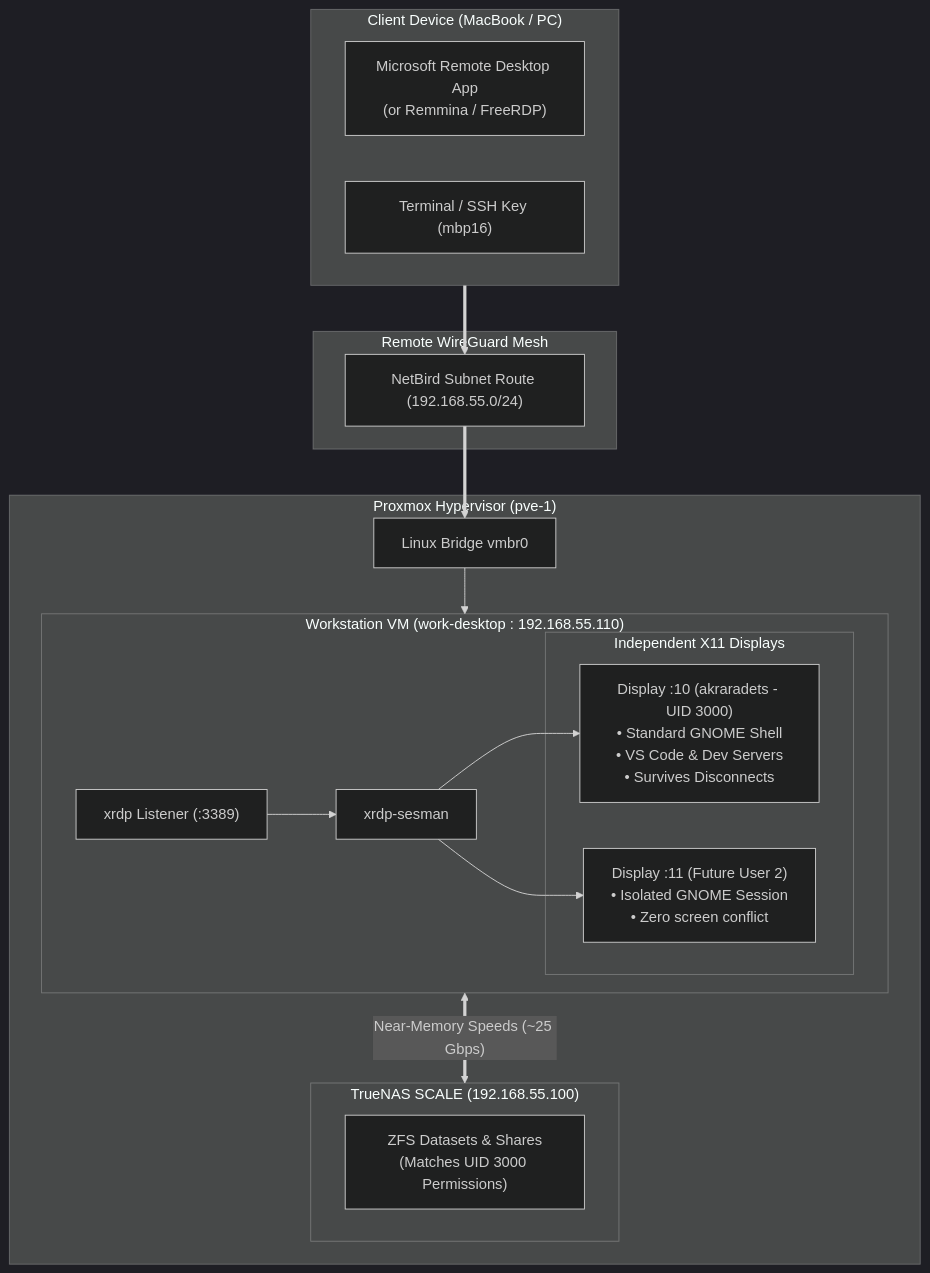
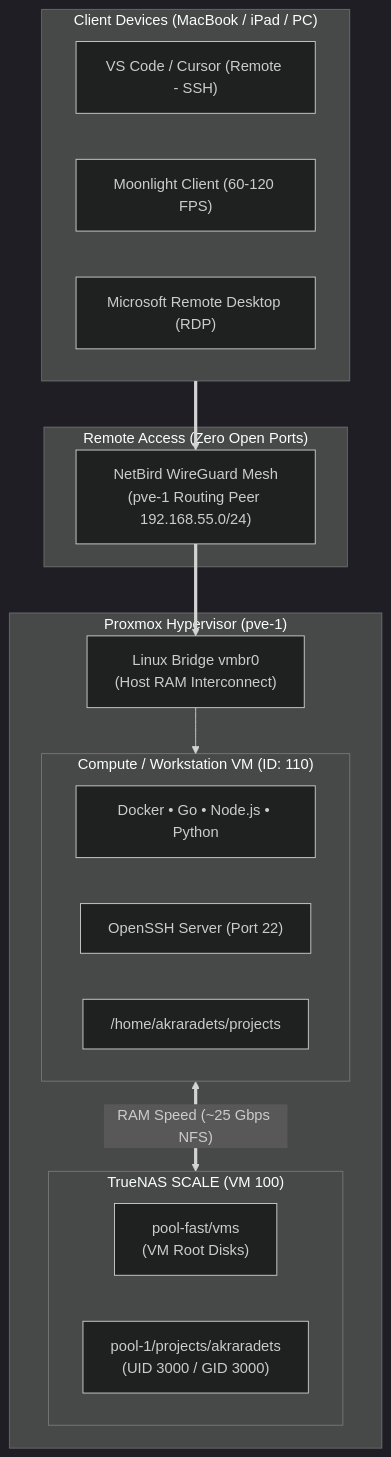
Before and after one commit to akraradets/homelab: the diagram in docs/workstation.md, drawn with Mermaid (dark theme). The commit also changed other lines of this file and 6 other files, not shown here.

Commit message:
docs: align documentation with current compute architecture, protocol evaluation, and vm 110 status

````diff
--- a/docs/workstation.md
+++ b/docs/workstation.md
@@ -24,38 +26,32 @@
 ```mermaid
 flowchart TD
-    subgraph Client ["Client Device (MacBook / PC)"]
-        MRDP["Microsoft Remote Desktop App\n(or Remmina / FreeRDP)"]
-        SSH["Terminal / SSH Key (mbp16)"]
+    subgraph Client ["Client Devices (MacBook / iPad / PC)"]
+        VSCode["VS Code / Cursor (Remote - SSH)"]
+        Moonlight["Moonlight Client (60-120 FPS)"]
+        RDP["Microsoft Remote Desktop (RDP)"]
     end
 
-    subgraph Mesh ["Remote WireGuard Mesh"]
-        NetBird["NetBird Subnet Route (192.168.55.0/24)"]
+    subgraph RemoteMesh ["Remote Access (Zero Open Ports)"]
+        NetBird["NetBird WireGuard Mesh\n(pve-1 Routing Peer 192.168.55.0/24)"]
     end
 
-    subgraph Host ["Proxmox Hypervisor (pve-1)"]
-        VMBR["Linux Bridge vmbr0"]
-
-        subgraph DesktopVM ["Workstation VM (work-desktop : 192.168.55.110)"]
-            XRDP["xrdp Listener (:3389)"]
-            Sesman["xrdp-sesman"]
-            
-            subgraph Sessions ["Independent X11 Displays"]
-                Disp10["Display :10 (akraradets - UID 3000)\n• Standard GNOME Shell\n• VS Code & Dev Servers\n• Survives Disconnects"]
-                Disp11["Display :11 (Future User 2)\n• Isolated GNOME Session\n• Zero screen conflict"]
-            end
-
-            XRDP --> Sesman
-            Sesman --> Disp10
-            Sesman --> Disp11
+    subgraph PVE ["Proxmox Hypervisor (pve-1)"]
+        VMBR["Linux Bridge vmbr0\n(Host RAM Interconnect)"]
+        
+        subgraph ComputeVM ["Compute / Workstation VM (ID: 110)"]
+            DevTools["Docker • Go • Node.js • Python"]
+            SSHD["OpenSSH Server (Port 22)"]
+            MountPoint["/home/akraradets/projects"]
         end
 
-        subgraph StorageVM ["TrueNAS SCALE (192.168.55.100)"]
-            ZFS["ZFS Datasets & Shares\n(Matches UID 3000 Permissions)"]
+        subgraph StorageVM ["TrueNAS SCALE (VM 100)"]
+            ZFSFast["pool-fast/vms\n(VM Root Disks)"]
+            ZFSProjects["pool-1/projects/akraradets\n(UID 3000 / GID 3000)"]
         end
     end
 
     Client ==> NetBird
     NetBird ==> VMBR
-    VMBR --> DesktopVM
-    DesktopVM <== "Near-Memory Speeds (~25 Gbps)" ==> StorageVM
+    VMBR --> ComputeVM
+    ComputeVM <== "RAM Speed (~25 Gbps NFS)" ==> StorageVM
 ```
````
